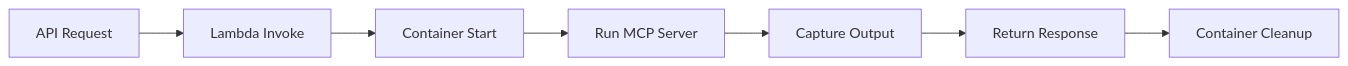
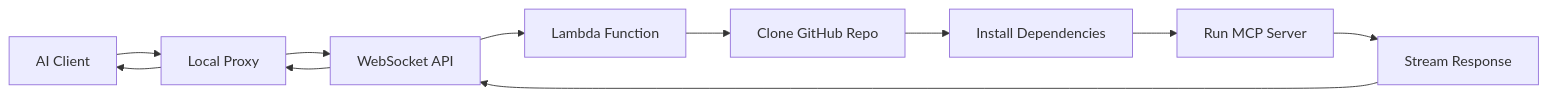
The third of 6 diagrams in docs/architecture.mdx (areebahmeddd/SuperBox-FE), drawn with Mermaid before and after one commit. The commit also changed other lines of this file and 33 other files, not shown here.

````diff
--- a/docs/architecture.mdx
+++ b/docs/architecture.mdx
@@ -221,9 +224,11 @@
   ```mermaid
   graph LR
-      A[API Request] --> B[Lambda Invoke]
-      B --> C[Container Start]
-      C --> D[Run MCP Server]
-      D --> E[Capture Output]
-      E --> F[Return Response]
-      F --> G[Container Cleanup]
+      A[AI Client] --> B[Local Proxy]
+      B --> C[WebSocket API]
+      C --> D[Lambda Function]
+      D --> E[Clone GitHub Repo]
+      E --> F[Install Dependencies]
+      F --> G[Run MCP Server]
+      G --> H[Stream Response]
+      H --> C --> B --> A
   ```
````
